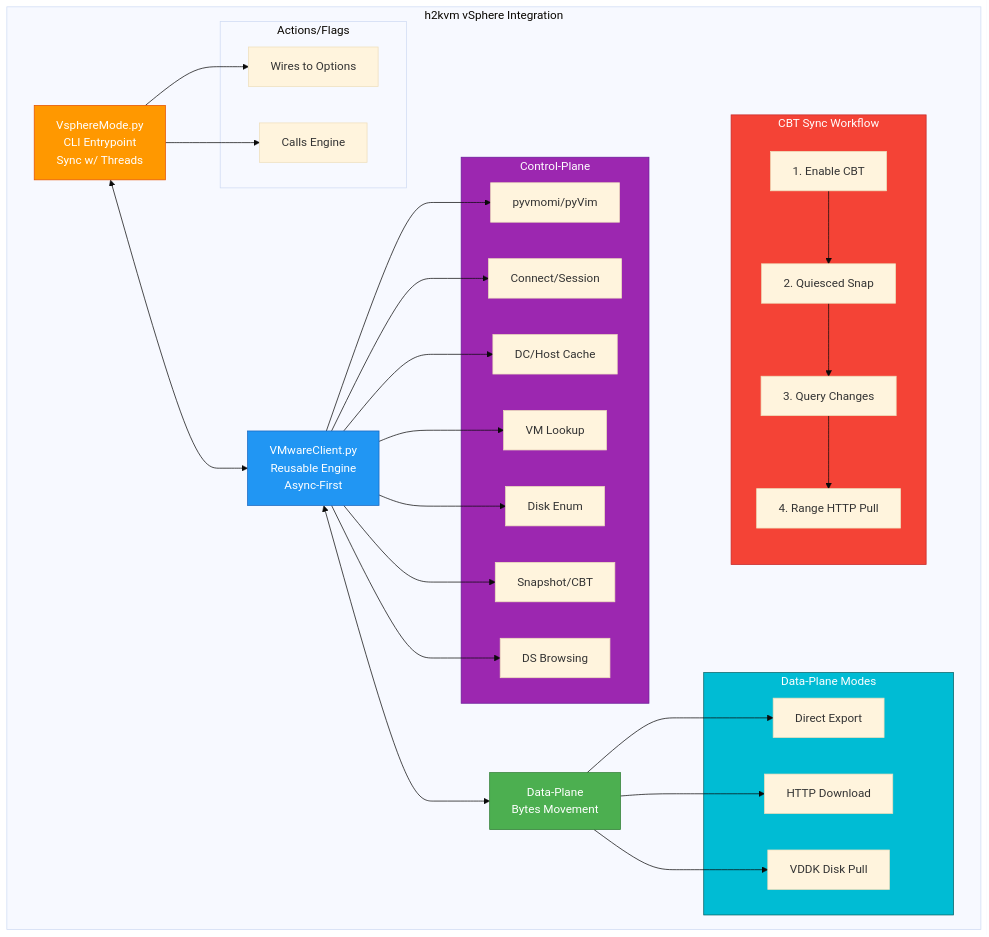
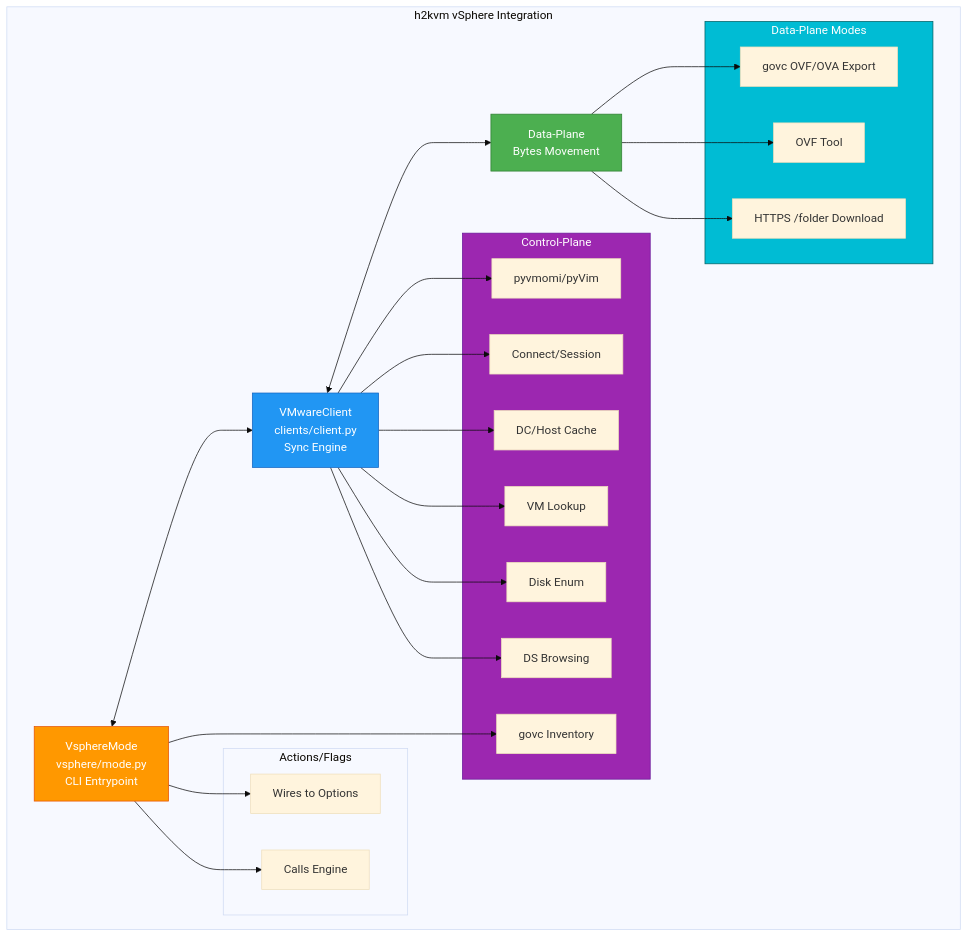
One commit to zyvorai/h2kvm changed the first of 3 diagrams in docs/features/vsphere-design.md. Above: the diagram before and after it, drawn with Mermaid (base theme). The commit also changed other lines of this file and 94 other files, not shown here.

First line of the commit message:
Readme flow and fixer cleanup (#25)

````diff
--- a/docs/features/vsphere-design.md
+++ b/docs/features/vsphere-design.md
@@ -109,62 +119,53 @@
 ```mermaid
 graph TB
     subgraph HV["h2kvm vSphere Integration"]
-        CLI[VsphereMode.py<br/>CLI Entrypoint<br/>Sync w/ Threads]
-        Engine[VMwareClient.py<br/>Reusable Engine<br/>Async-First]
+        CLI[VsphereMode<br/>vsphere/mode.py<br/>CLI Entrypoint]
+        Engine[VMwareClient<br/>clients/client.py<br/>Sync Engine]
         DataPlane[Data-Plane<br/>Bytes Movement]
 
         CLI <--> Engine
         Engine <--> DataPlane
 
         subgraph CP["Control-Plane"]
             CP1[pyvmomi/pyVim]
             CP2[Connect/Session]
             CP3[DC/Host Cache]
             CP4[VM Lookup]
             CP5[Disk Enum]
-            CP6[Snapshot/CBT]
-            CP7[DS Browsing]
+            CP6[DS Browsing]
+            CP7[govc Inventory]
         end
 
         subgraph AF["Actions/Flags"]
             AF1[Wires to Options]
             AF2[Calls Engine]
         end
 
         subgraph DP["Data-Plane Modes"]
-            DP1[Direct Export]
-            DP2[HTTP Download]
-            DP3[VDDK Disk Pull]
-        end
-
-        subgraph CBT["CBT Sync Workflow"]
-            CBT1[1. Enable CBT]
-            CBT2[2. Quiesced Snap]
-            CBT3[3. Query Changes]
-            CBT4[4. Range HTTP Pull]
-            CBT1 --> CBT2 --> CBT3 --> CBT4
+            DP1[govc OVF/OVA Export]
+            DP2[OVF Tool]
+            DP3[HTTPS /folder Download]
         end
 
         Engine --> CP1
         Engine --> CP2
         Engine --> CP3
         Engine --> CP4
         Engine --> CP5
         Engine --> CP6
-        Engine --> CP7
+        CLI --> CP7
 
         CLI --> AF1
         CLI --> AF2
 
         DataPlane --> DP1
         DataPlane --> DP2
         DataPlane --> DP3
     end
 
     style CLI fill:#FF9800,stroke:#E65100,color:#fff
     style Engine fill:#2196F3,stroke:#1565C0,color:#fff
     style DataPlane fill:#4CAF50,stroke:#2E7D32,color:#fff
     style CP fill:#9C27B0,stroke:#6A1B9A,color:#fff
     style DP fill:#00BCD4,stroke:#006064,color:#fff
-    style CBT fill:#F44336,stroke:#C62828,color:#fff
 ```
````
